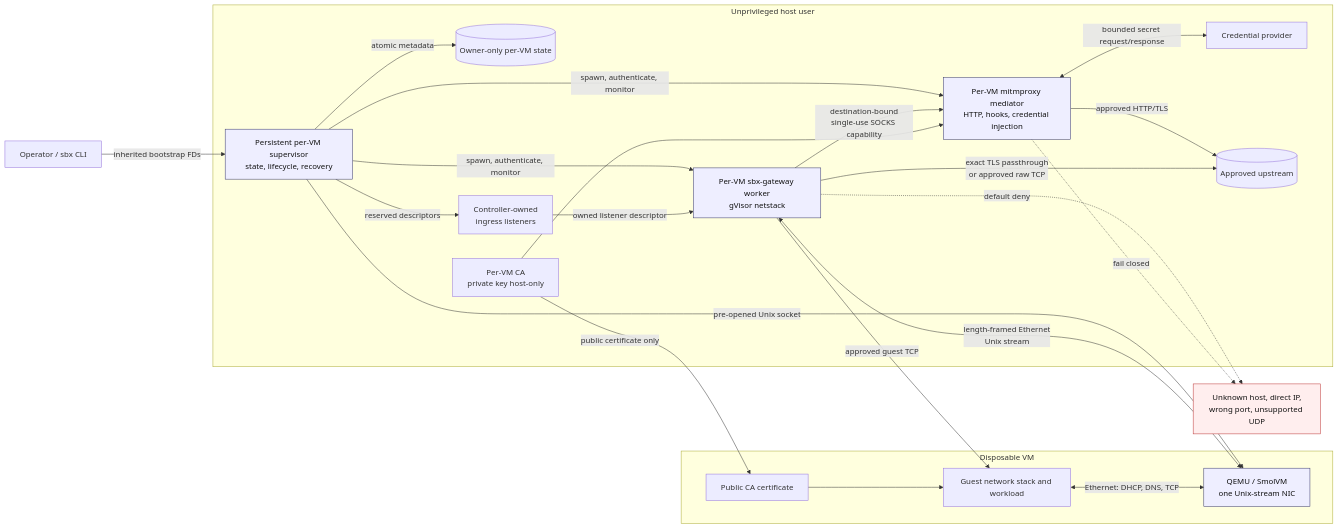
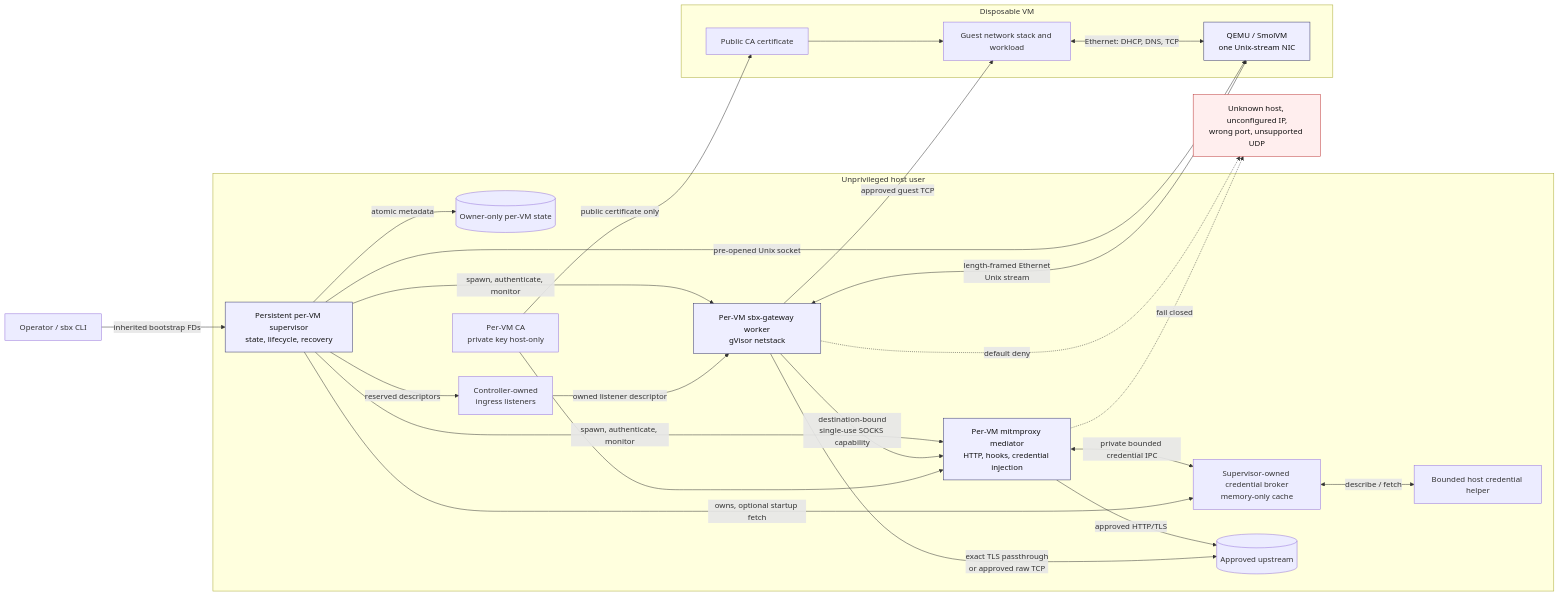
The diagram in docs/rootless-network-gateway-manual-validation.md (nueces/sbx), drawn with Mermaid before and after one commit. The commit also changed other lines of this file and 30 other files, not shown here.

Commit message:
Support optional direct IPv4 gateway egress

````diff
--- a/docs/rootless-network-gateway-manual-validation.md
+++ b/docs/rootless-network-gateway-manual-validation.md
@@ -9,51 +9,54 @@
 ```mermaid
 flowchart LR
   Operator[Operator / sbx CLI]
 
   subgraph Host[Unprivileged host user]
     Supervisor[Persistent per-VM supervisor<br/>state, lifecycle, recovery]
     State[(Owner-only per-VM state)]
     Ingress[Controller-owned<br/>ingress listeners]
     Worker[Per-VM sbx-gateway worker<br/>gVisor netstack]
     Mediator[Per-VM mitmproxy mediator<br/>HTTP, hooks, credential injection]
-    Provider[Credential provider]
+    Broker[Supervisor-owned credential broker<br/>memory-only cache]
+    Provider[Bounded host credential helper]
     Upstream[(Approved upstream)]
     CA[Per-VM CA<br/>private key host-only]
   end
 
   subgraph VM[Disposable VM]
     QEMU[QEMU / SmolVM<br/>one Unix-stream NIC]
     Guest[Guest network stack and workload]
     GuestCA[Public CA certificate]
   end
 
   Operator -->|inherited bootstrap FDs| Supervisor
   Supervisor -->|atomic metadata| State
   Supervisor -->|spawn, authenticate, monitor| Worker
   Supervisor -->|spawn, authenticate, monitor| Mediator
   Supervisor -->|pre-opened Unix socket| QEMU
   Supervisor -->|reserved descriptors| Ingress
 
   Guest <-->|Ethernet: DHCP, DNS, TCP| QEMU
   QEMU <-->|length-framed Ethernet<br/>Unix stream| Worker
 
   Worker -->|destination-bound<br/>single-use SOCKS capability| Mediator
   Mediator -->|approved HTTP/TLS| Upstream
-  Mediator <-->|bounded secret request/response| Provider
+  Mediator <-->|private bounded credential IPC| Broker
+  Supervisor -->|owns, optional startup fetch| Broker
+  Broker <-->|describe / fetch| Provider
   Worker -->|exact TLS passthrough<br/>or approved raw TCP| Upstream
 
   Ingress -->|owned listener descriptor| Worker
   Worker -->|approved guest TCP| Guest
 
   CA --> Mediator
   CA -->|public certificate only| GuestCA
   GuestCA --> Guest
 
-  Worker -. default deny .-> Denied[Unknown host, direct IP,<br/>wrong port, unsupported UDP]
+  Worker -. default deny .-> Denied[Unknown host, unconfigured IP,<br/>wrong port, unsupported UDP]
   Mediator -. fail closed .-> Denied
 
   classDef security fill:#fee,stroke:#b33,color:#111;
   classDef runtime fill:#eef,stroke:#336,color:#111;
   class Denied security;
   class Supervisor,Worker,Mediator,QEMU runtime;
 ```
````
